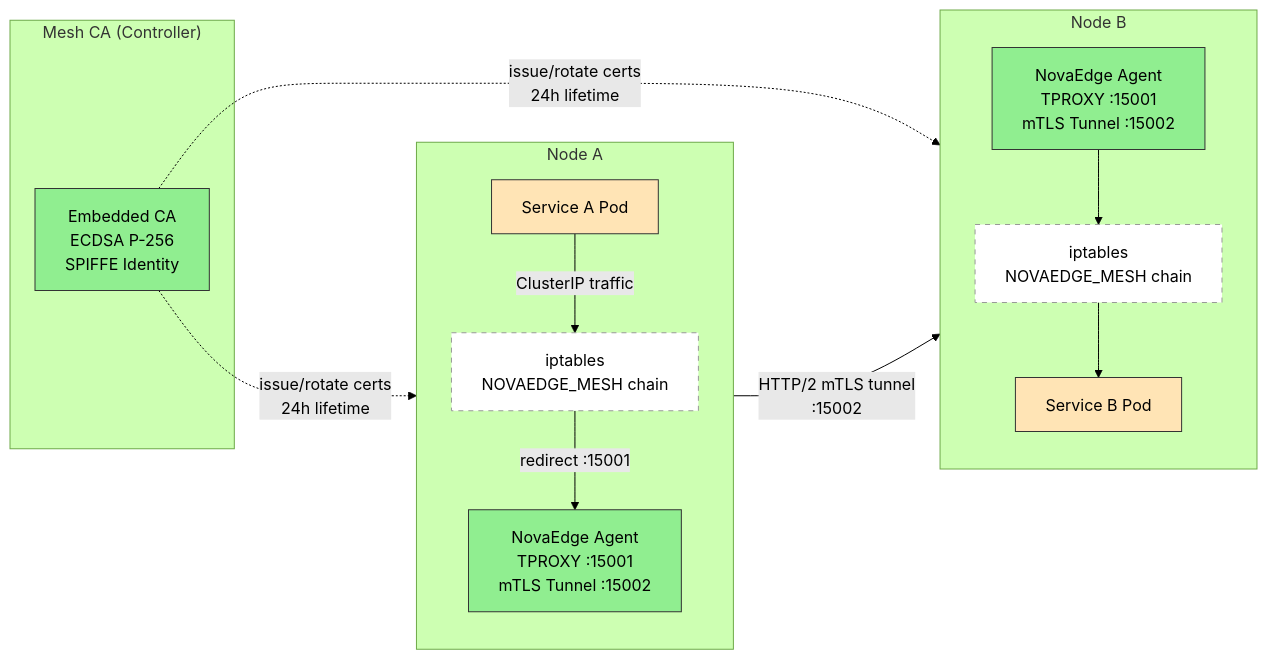
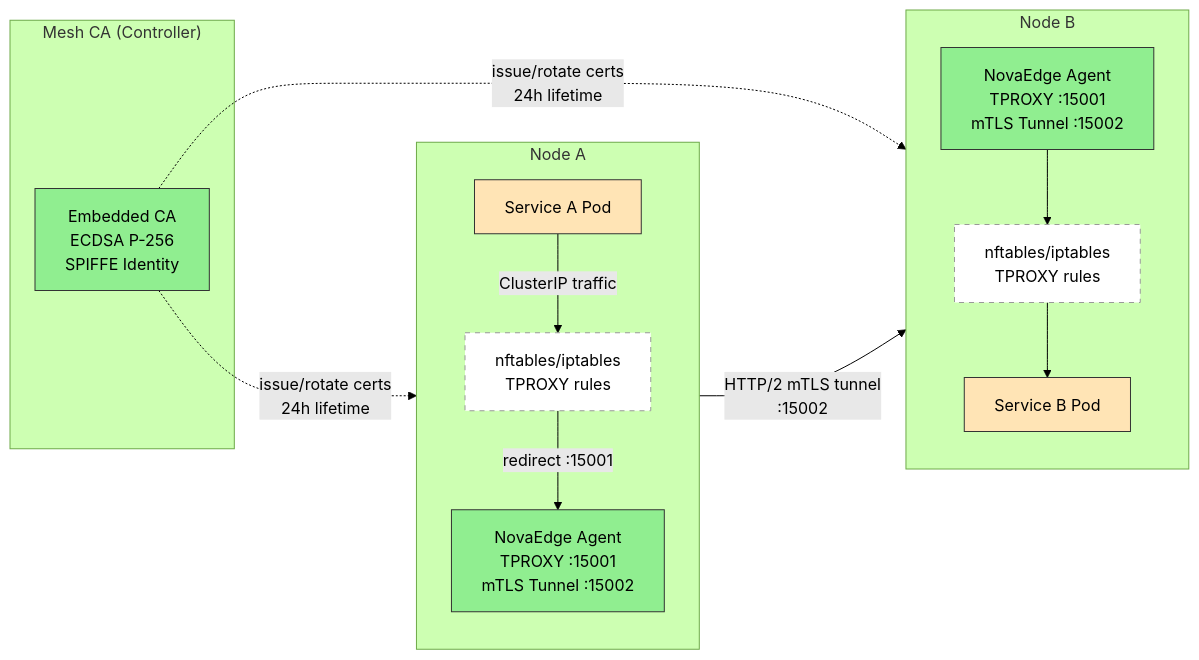
The diagram in docs/use-cases/service-mesh.md (azrtydxb/novaedge), drawn with Mermaid (forest theme) before and after one commit. The commit also changed other lines of this file and 10 other files, not shown here.

First line of the commit message:
[Refactor] Replace iptables exec with nftables/netlink API for TPROXY (#506)

````diff
--- a/docs/use-cases/service-mesh.md
+++ b/docs/use-cases/service-mesh.md
@@ -13,36 +13,36 @@
 ```mermaid
 graph LR
     subgraph Node_A["Node A"]
         direction TB
         SA["Service A Pod"]
-        IPTABLES_A["iptables<br/>NOVAEDGE_MESH chain"]
+        IPTABLES_A["nftables/iptables<br/>TPROXY rules"]
         AGENT_A["NovaEdge Agent<br/>TPROXY :15001<br/>mTLS Tunnel :15002"]
         style SA fill:#FFE4B5,stroke:#333
         style IPTABLES_A fill:#fff,stroke:#999,stroke-dasharray: 5 5
         style AGENT_A fill:#90EE90,stroke:#333
     end
 
     subgraph Node_B["Node B"]
         direction TB
         AGENT_B["NovaEdge Agent<br/>TPROXY :15001<br/>mTLS Tunnel :15002"]
-        IPTABLES_B["iptables<br/>NOVAEDGE_MESH chain"]
+        IPTABLES_B["nftables/iptables<br/>TPROXY rules"]
         SB["Service B Pod"]
         style SB fill:#FFE4B5,stroke:#333
         style IPTABLES_B fill:#fff,stroke:#999,stroke-dasharray: 5 5
         style AGENT_B fill:#90EE90,stroke:#333
     end
 
     subgraph Mesh_CA["Mesh CA (Controller)"]
         CA["Embedded CA<br/>ECDSA P-256<br/>SPIFFE Identity"]
         style CA fill:#90EE90,stroke:#333
     end
 
     SA -- "ClusterIP traffic" --> IPTABLES_A
     IPTABLES_A -- "redirect :15001" --> AGENT_A
     AGENT_A -- "HTTP/2 mTLS tunnel<br/>:15002" --> AGENT_B
     AGENT_B --> IPTABLES_B
     IPTABLES_B --> SB
 
     CA -. "issue/rotate certs<br/>24h lifetime" .-> AGENT_A
     CA -. "issue/rotate certs<br/>24h lifetime" .-> AGENT_B
 ```
````
